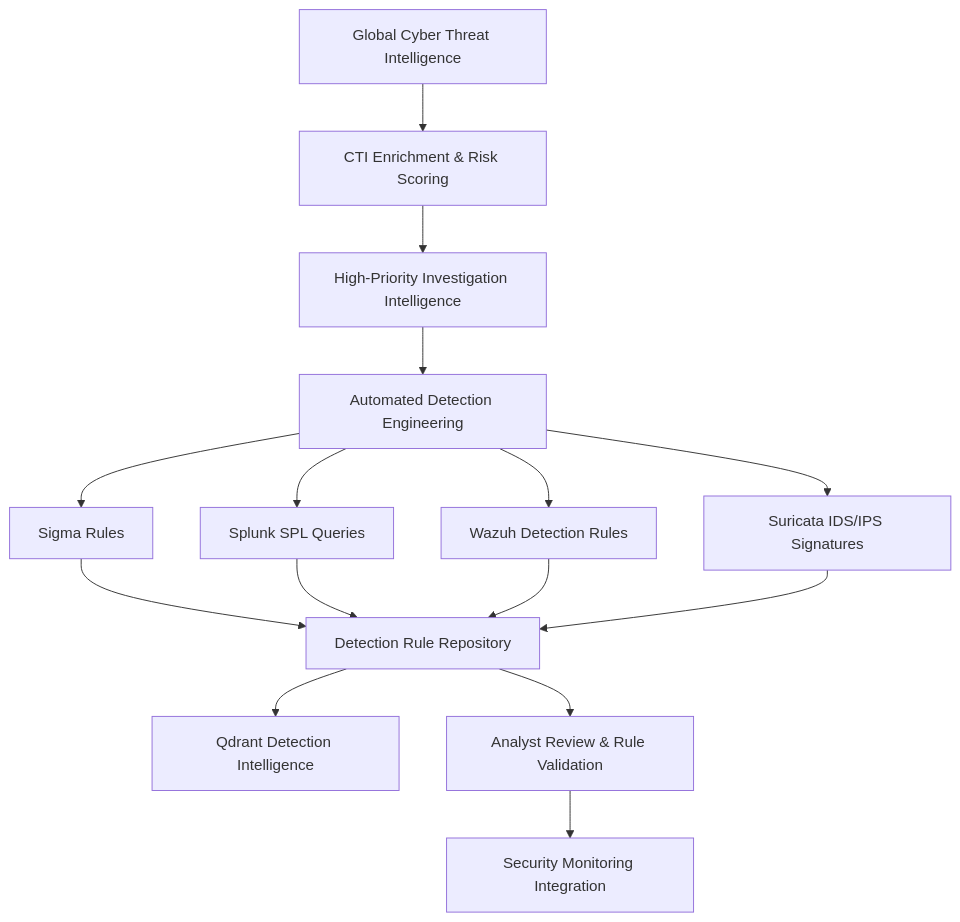
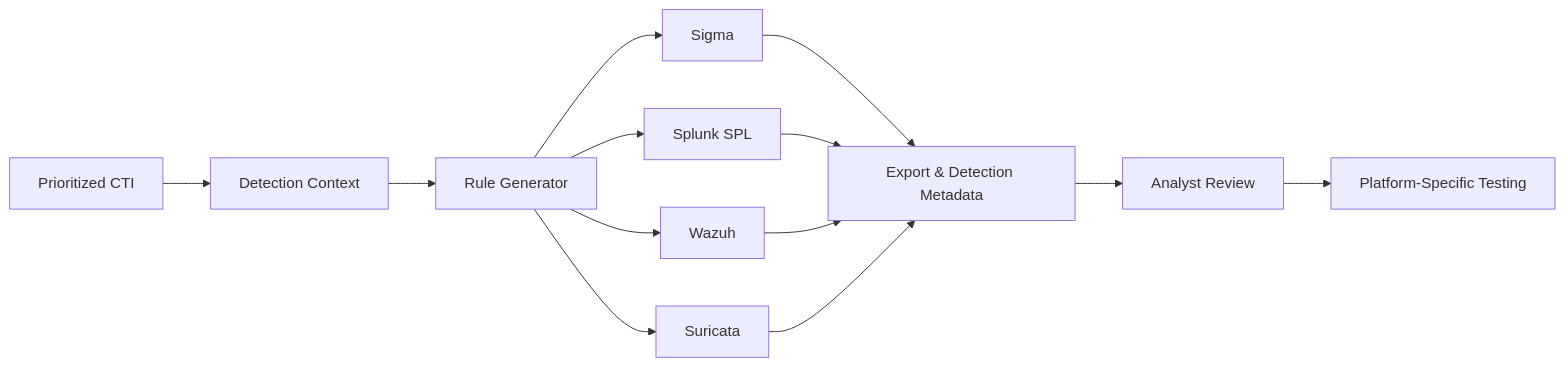
The third of 3 diagrams in README.md (aminemaouhoub1312/ShadowScope-AM), drawn with Mermaid before and after one commit. The commit also changed other lines of this file, not shown here.

````diff
--- a/README.md
+++ b/README.md
@@ -2267,35 +456,15 @@
 ```mermaid
-flowchart TD
-    A["Global Cyber Threat Intelligence"]
-    B["CTI Enrichment & Risk Scoring"]
-    C["High-Priority Investigation Intelligence"]
-    D["Automated Detection Engineering"]
-
-    E["Sigma Rules"]
-    F["Splunk SPL Queries"]
-    G["Wazuh Detection Rules"]
-    H["Suricata IDS/IPS Signatures"]
-
-    I["Detection Rule Repository"]
-    J["Qdrant Detection Intelligence"]
-    K["Analyst Review & Rule Validation"]
-    L["Security Monitoring Integration"]
-
-    A --> B
-    B --> C
-    C --> D
-
-    D --> E
-    D --> F
-    D --> G
-    D --> H
-
-    E --> I
-    F --> I
-    G --> I
-    H --> I
-
-    I --> J
-    I --> K
-    K --> L
+flowchart LR
+    A[Prioritized CTI] --> B[Detection Context]
+    B --> C[Rule Generator]
+    C --> D[Sigma]
+    C --> E[Splunk SPL]
+    C --> F[Wazuh]
+    C --> G[Suricata]
+    D --> H[Export & Detection Metadata]
+    E --> H
+    F --> H
+    G --> H
+    H --> I[Analyst Review]
+    I --> J[Platform-Specific Testing]
 ```
````
